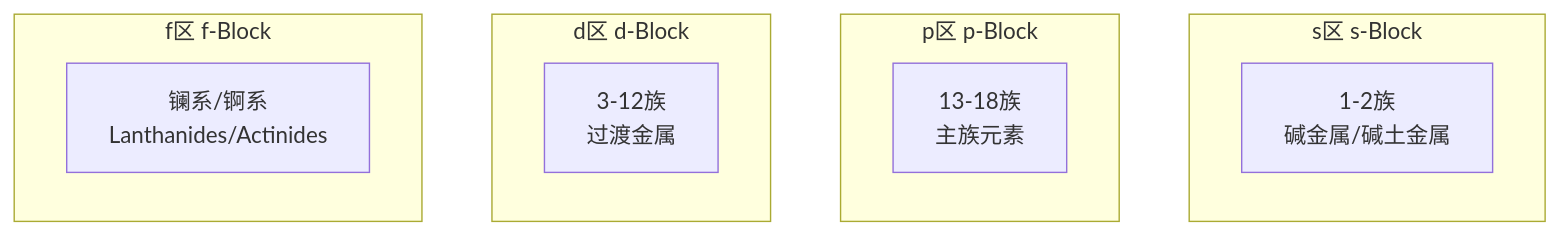
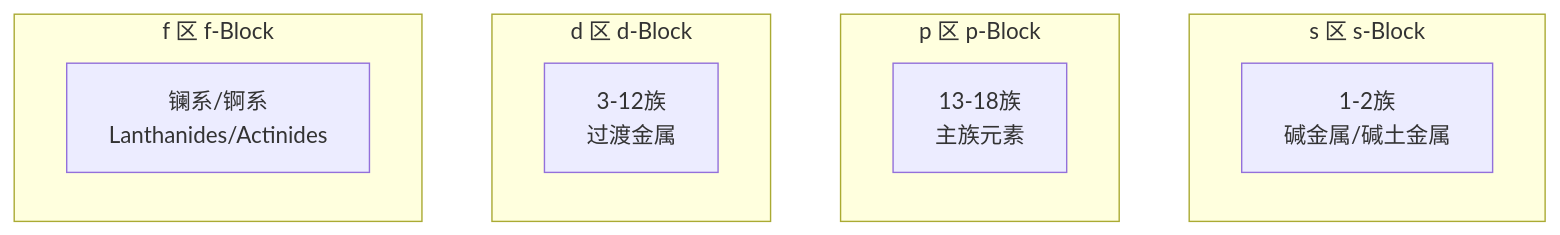
One commit to Tianshang301/TianshangKnowledgeBase changed the first of 2 diagrams in 01_K12/SeniorHigh/Chemistry/元素化合物.md. Above: the diagram before and after it, drawn with Mermaid. The commit also changed 2257 other files, not shown here.

````diff
--- a/01_K12/SeniorHigh/Chemistry/元素化合物.md
+++ b/01_K12/SeniorHigh/Chemistry/元素化合物.md
@@ -16,15 +16,15 @@
 ```mermaid
 graph TD
-    subgraph s区 s-Block
+    subgraph s 区 s-Block
         A1[1-2族<br/>碱金属/碱土金属]
     end
-    subgraph p区 p-Block
+    subgraph p 区 p-Block
         A2[13-18族<br/>主族元素]
     end
-    subgraph d区 d-Block
+    subgraph d 区 d-Block
         A3[3-12族<br/>过渡金属]
     end
-    subgraph f区 f-Block
+    subgraph f 区 f-Block
         A4[镧系/锕系<br/>Lanthanides/Actinides]
     end
 ```
````
